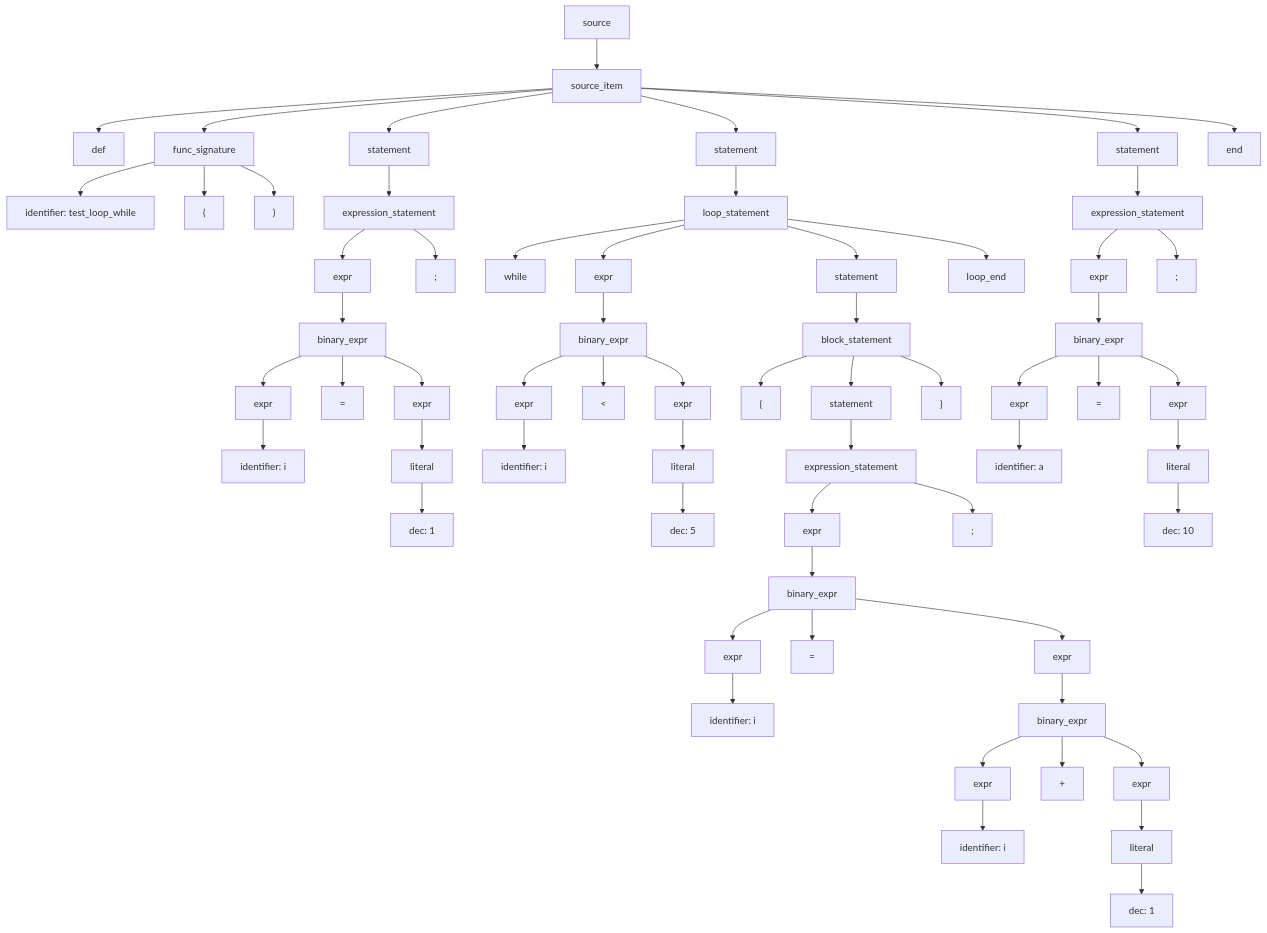
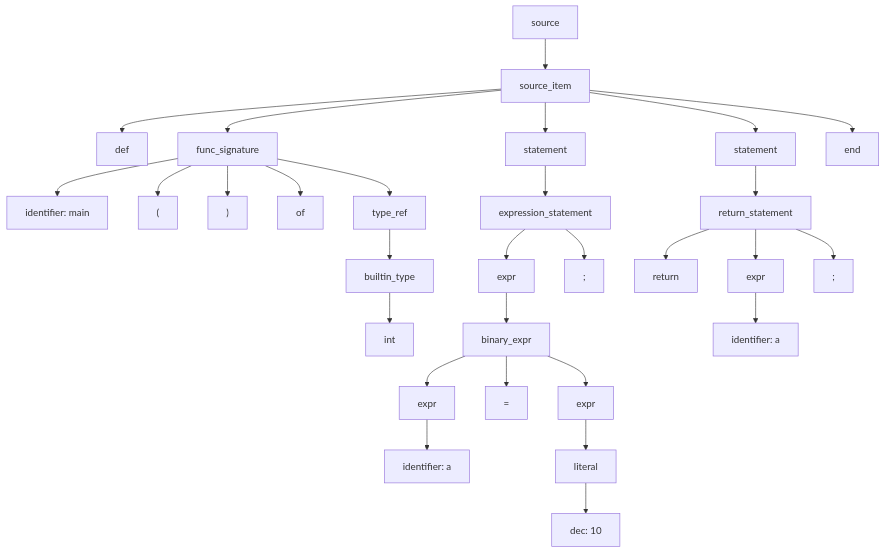
One commit to ErnandesDaniel/system-software-lab-3 changed the diagram in ast.mmd. Above: the diagram before and after it, drawn with Mermaid. The commit also changed 6 other files, not shown here.

```diff
--- a/ast.mmd
+++ b/ast.mmd
@@ -1,124 +1,58 @@
 graph TD;
 N0["source"]
 N1["source_item"]
 N0 --> N1
 N2["def"]
 N1 --> N2
 N3["func_signature"]
 N1 --> N3
-N4["identifier: test_loop_while"]
+N4["identifier: main"]
 N3 --> N4
 N5["("]
 N3 --> N5
 N6[")"]
 N3 --> N6
-N7["statement"]
-N1 --> N7
-N8["expression_statement"]
-N7 --> N8
-N9["expr"]
+N7["of"]
+N3 --> N7
+N8["type_ref"]
+N3 --> N8
+N9["builtin_type"]
 N8 --> N9
-N10["binary_expr"]
+N10["int"]
 N9 --> N10
-N11["expr"]
-N10 --> N11
-N12["identifier: i"]
+N11["statement"]
+N1 --> N11
+N12["expression_statement"]
 N11 --> N12
-N13["="]
-N10 --> N13
-N14["expr"]
-N10 --> N14
-N15["literal"]
+N13["expr"]
+N12 --> N13
+N14["binary_expr"]
+N13 --> N14
+N15["expr"]
 N14 --> N15
-N16["dec: 1"]
+N16["identifier: a"]
 N15 --> N16
-N17[";"]
-N8 --> N17
-N18["statement"]
-N1 --> N18
-N19["loop_statement"]
+N17["="]
+N14 --> N17
+N18["expr"]
+N14 --> N18
+N19["literal"]
 N18 --> N19
-N20["while"]
+N20["dec: 10"]
 N19 --> N20
-N21["expr"]
-N19 --> N21
-N22["binary_expr"]
-N21 --> N22
-N23["expr"]
+N21[";"]
+N12 --> N21
+N22["statement"]
+N1 --> N22
+N23["return_statement"]
 N22 --> N23
-N24["identifier: i"]
+N24["return"]
 N23 --> N24
-N25["<"]
-N22 --> N25
-N26["expr"]
-N22 --> N26
-N27["literal"]
-N26 --> N27
-N28["dec: 5"]
-N27 --> N28
-N29["statement"]
-N19 --> N29
-N30["block_statement"]
-N29 --> N30
-N31["{"]
-N30 --> N31
-N32["statement"]
-N30 --> N32
-N33["expression_statement"]
-N32 --> N33
-N34["expr"]
-N33 --> N34
-N35["binary_expr"]
-N34 --> N35
-N36["expr"]
-N35 --> N36
-N37["identifier: i"]
-N36 --> N37
-N38["="]
-N35 --> N38
-N39["expr"]
-N35 --> N39
-N40["binary_expr"]
-N39 --> N40
-N41["expr"]
-N40 --> N41
-N42["identifier: i"]
-N41 --> N42
-N43["+"]
-N40 --> N43
-N44["expr"]
-N40 --> N44
-N45["literal"]
-N44 --> N45
-N46["dec: 1"]
-N45 --> N46
-N47[";"]
-N33 --> N47
-N48["}"]
-N30 --> N48
-N49["loop_end"]
-N19 --> N49
-N50["statement"]
-N1 --> N50
-N51["expression_statement"]
-N50 --> N51
-N52["expr"]
-N51 --> N52
-N53["binary_expr"]
-N52 --> N53
-N54["expr"]
-N53 --> N54
-N55["identifier: a"]
-N54 --> N55
-N56["="]
-N53 --> N56
-N57["expr"]
-N53 --> N57
-N58["literal"]
-N57 --> N58
-N59["dec: 10"]
-N58 --> N59
-N60[";"]
-N51 --> N60
-N61["end"]
-N1 --> N61
+N25["expr"]
+N23 --> N25
+N26["identifier: a"]
+N25 --> N26
+N27[";"]
+N23 --> N27
+N28["end"]
+N1 --> N28
```
